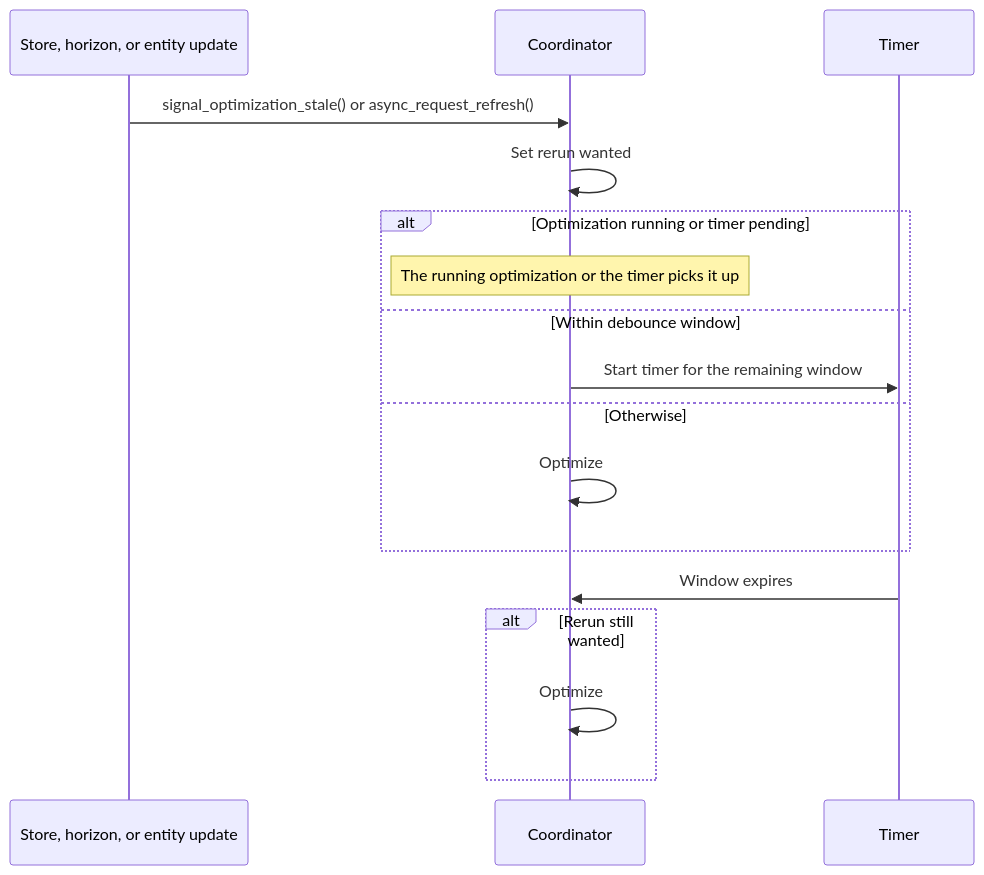
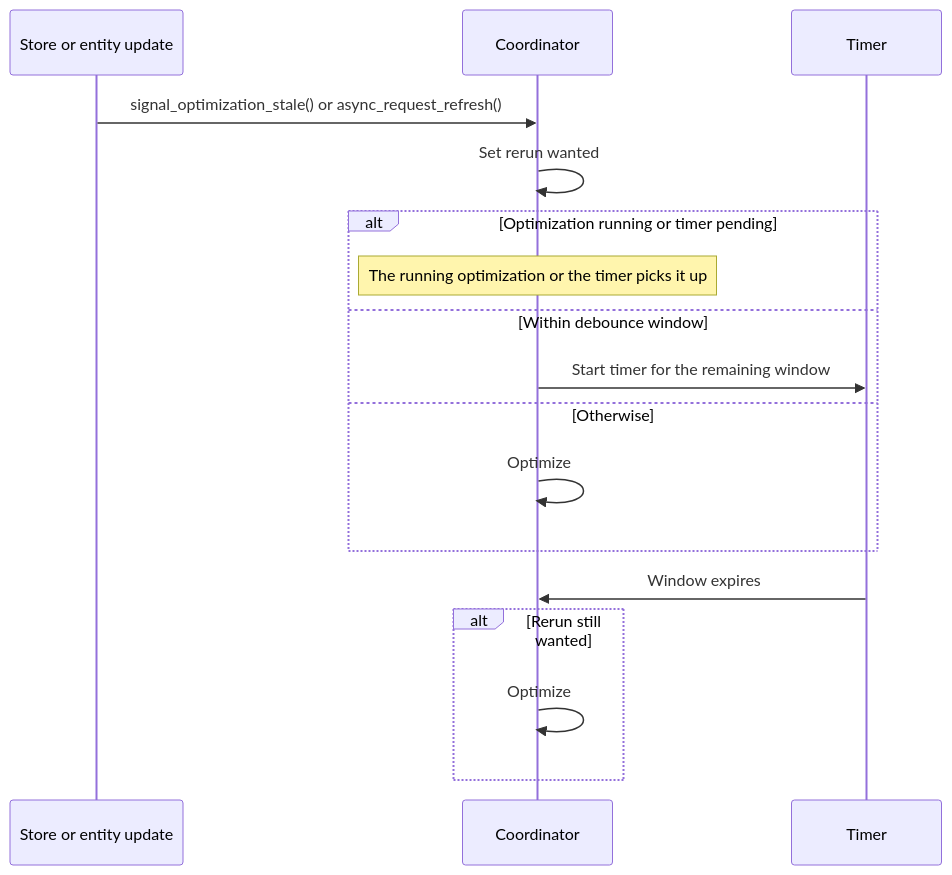
Before and after one commit to hass-energy/haeo: the second of 2 diagrams in docs/developer-guide/coordinator.md, drawn with Mermaid. The commit also changed other lines of this file and 11 other files, not shown here.

````diff
--- a/docs/developer-guide/coordinator.md
+++ b/docs/developer-guide/coordinator.md
@@ -95,21 +100,21 @@
 ```mermaid
 sequenceDiagram
-    participant E as Store, horizon, or entity update
+    participant E as Store or entity update
     participant C as Coordinator
     participant Timer
 
     E->>C: signal_optimization_stale() or async_request_refresh()
     C->>C: Set rerun wanted
     alt Optimization running or timer pending
         Note over C: The running optimization or the timer picks it up
     else Within debounce window
         C->>Timer: Start timer for the remaining window
     else Otherwise
         C->>C: Optimize
     end
 
     Timer->>C: Window expires
     alt Rerun still wanted
         C->>C: Optimize
     end
 ```
````
